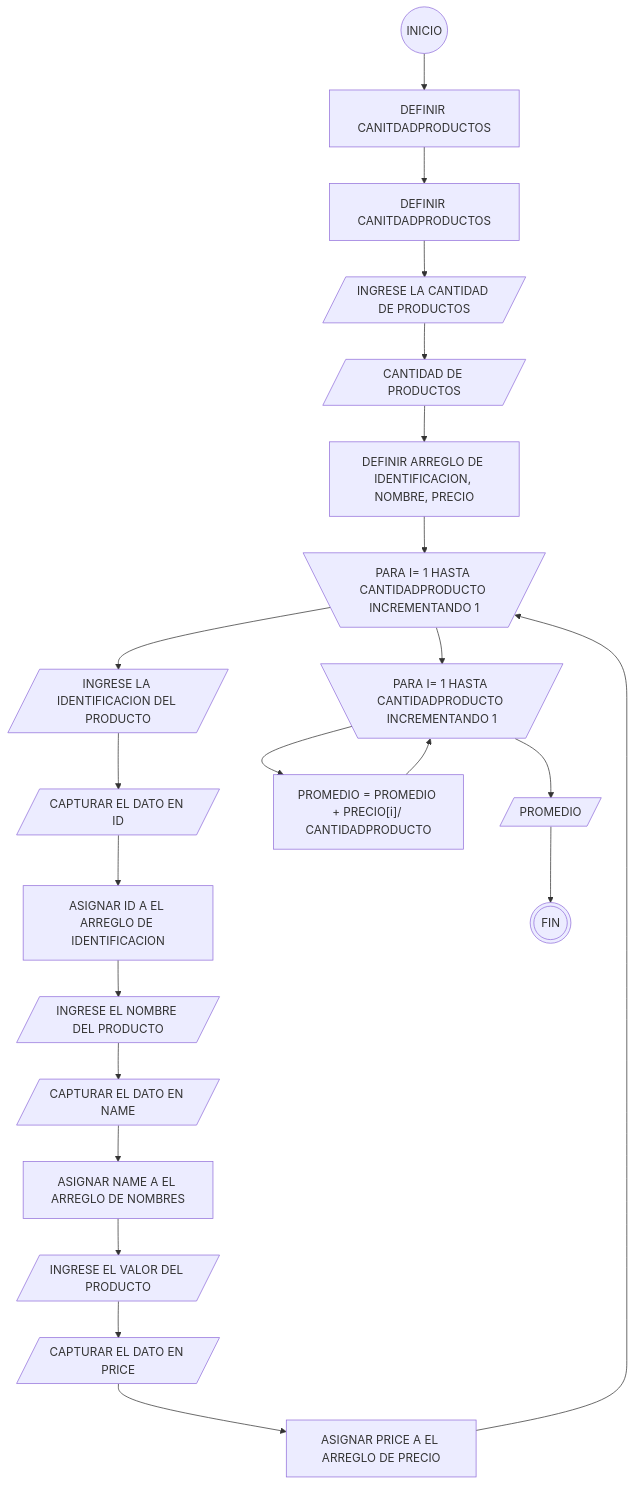
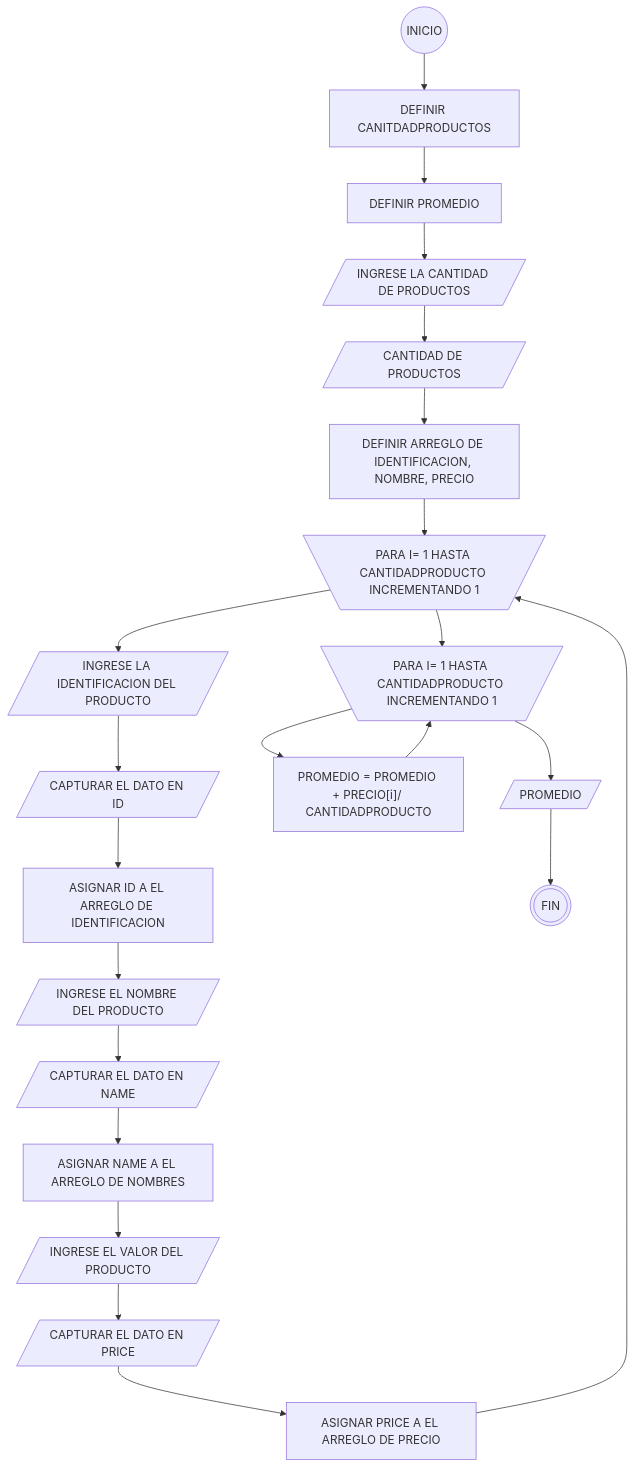
One commit to Deison12/Taller1.github.io changed the diagram in README.MD. Above: the diagram before and after it, drawn with Mermaid.

````diff
--- a/README.MD
+++ b/README.MD
@@ -15,49 +15,49 @@
 ```mermaid
  flowchart TD
  A(("INICIO"))
  B[DEFINIR CANITDADPRODUCTOS]
- C[DEFINIR CANITDADPRODUCTOS]
+ C[DEFINIR PROMEDIO]
  D[/INGRESE LA CANTIDAD DE PRODUCTOS/]
  E[/CANTIDAD DE PRODUCTOS/]
  F[DEFINIR ARREGLO DE IDENTIFICACION, NOMBRE, PRECIO]
  G[\PARA I= 1 HASTA CANTIDADPRODUCTO INCREMENTANDO 1/]
  H[/INGRESE LA IDENTIFICACION DEL PRODUCTO/]
  I[/CAPTURAR EL DATO EN ID/]
  J[ASIGNAR ID A EL ARREGLO DE IDENTIFICACION]
  K[/INGRESE EL NOMBRE DEL PRODUCTO/]
  L[/CAPTURAR EL DATO EN NAME/]
  Ñ[ASIGNAR NAME A EL ARREGLO DE NOMBRES]
  O[/INGRESE EL VALOR DEL PRODUCTO/]
  P[/CAPTURAR EL DATO EN PRICE/]
  Q[ASIGNAR PRICE A EL ARREGLO DE PRECIO]
  R[\PARA I= 1 HASTA CANTIDADPRODUCTO INCREMENTANDO 1/]
  S["PROMEDIO = PROMEDIO + PRECIO[i]/ CANTIDADPRODUCTO"]
  T[/PROMEDIO/]
  V(((FIN)))
     A-->B;
     B-->C;
     C-->D;
     D-->E;
     E-->F;
     F-->G;
     G-->H;
     H-->I;
     I-->J;
     J-->K;
     K-->L;
     L-->Ñ;
     Ñ-->O;
     O-->P;
     P-->Q;
     Q-->G;
     G-->R;
     R-->S;
     S-->R;
     R-->T;
     T-->V;
     
     
    
     
     
 ```
````
